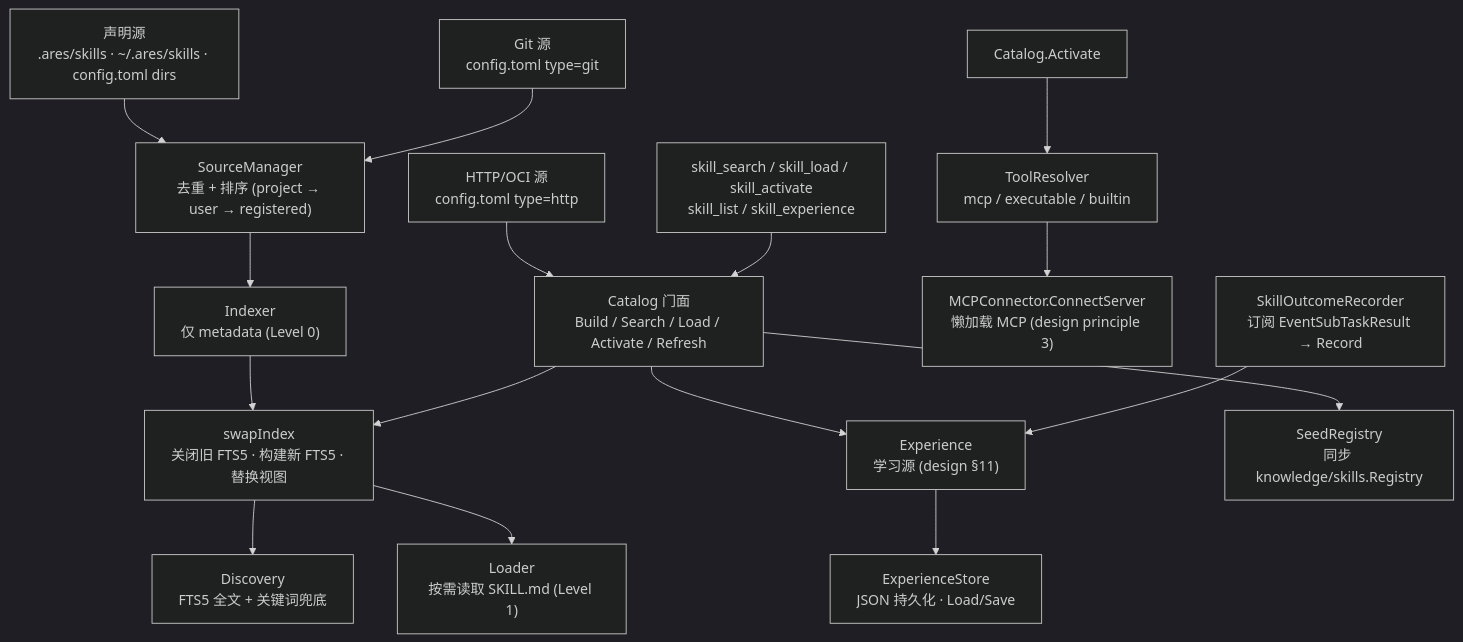
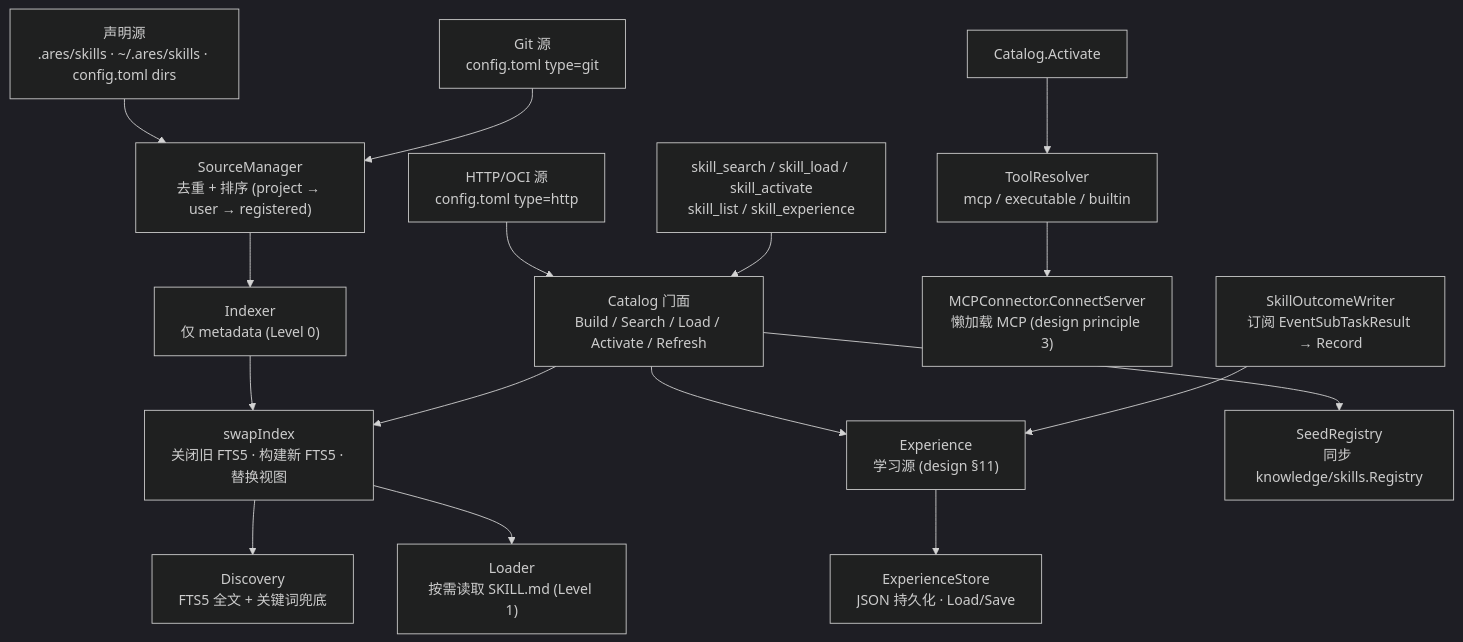
One commit to Timwood0x10/ARES_Docs changed the diagram in content/modules/ares_skills.zh.md. Above: the diagram before and after it, drawn with Mermaid (dark theme). The commit also changed other lines of this file and 75 other files, not shown here.

Commit message:
docs(architecture): Update runtime layering and ARES Kernel documentation

````diff
--- a/content/modules/ares_skills.zh.md
+++ b/content/modules/ares_skills.zh.md
@@ -42,18 +42,18 @@
 ```mermaid
 flowchart TD
     Decl["声明源<br/>.ares/skills · ~/.ares/skills · config.toml dirs"] --> SM["SourceManager<br/>去重 + 排序 (project → user → registered)"]
     Git["Git 源<br/>config.toml type=git"] --> SM
     HTTP["HTTP/OCI 源<br/>config.toml type=http"] --> CAT
     SM --> IDX["Indexer<br/>仅 metadata (Level 0)"]
     IDX --> SWP["swapIndex<br/>关闭旧 FTS5 · 构建新 FTS5 · 替换视图"]
     SWP --> DISC["Discovery<br/>FTS5 全文 + 关键词兜底"]
     SWP --> LD["Loader<br/>按需读取 SKILL.md (Level 1)"]
     CAT["Catalog 门面<br/>Build / Search / Load / Activate / Refresh"] --> SWP
     CAT --> EXP["Experience<br/>学习源 (design §11)"]
     EXP --> ES["ExperienceStore<br/>JSON 持久化 · Load/Save"]
     ACT["Catalog.Activate"] --> RES["ToolResolver<br/>mcp / executable / builtin"]
     RES --> MCP["MCPConnector.ConnectServer<br/>懒加载 MCP (design principle 3)"]
     CAT --> SEED["SeedRegistry<br/>同步 knowledge/skills.Registry"]
     TOOLS["skill_search / skill_load / skill_activate<br/>skill_list / skill_experience"] --> CAT
-    OUT["SkillOutcomeRecorder<br/>订阅 EventSubTaskResult → Record"] --> EXP
+    OUT["SkillOutcomeWriter<br/>订阅 EventSubTaskResult → Record"] --> EXP
 ```
````
